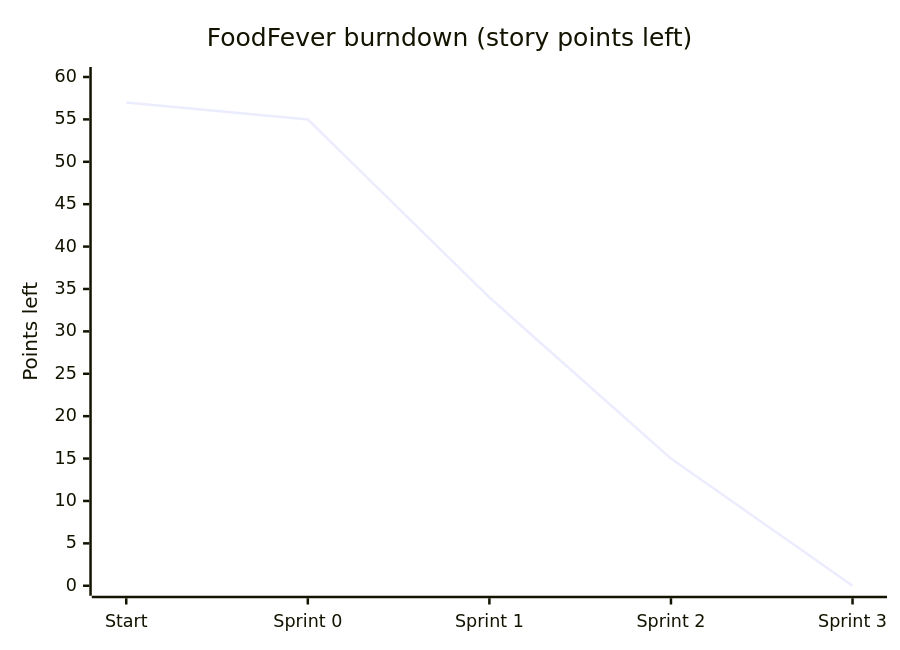
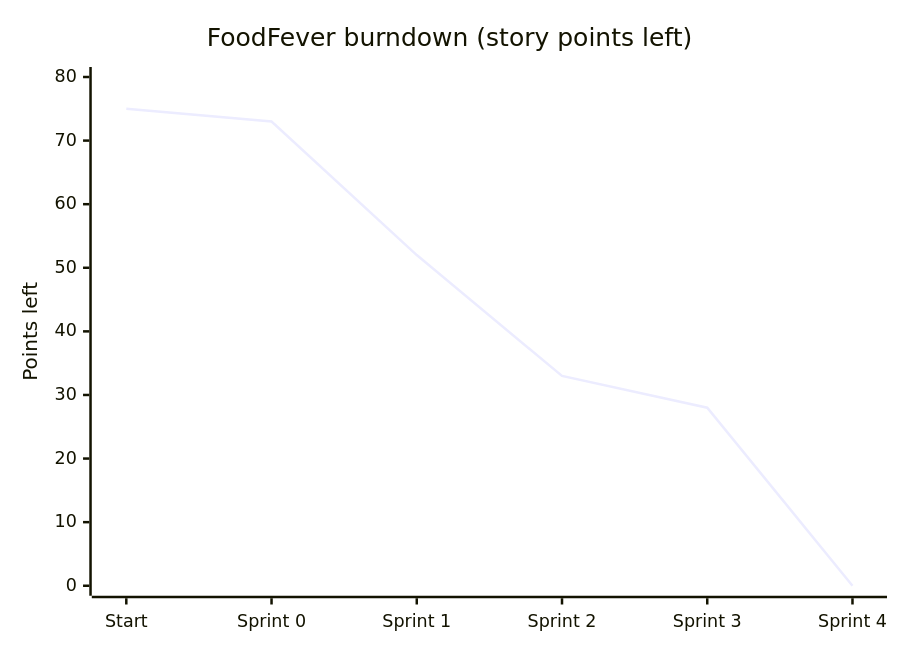
One commit to Veercoding/Foodfever changed the diagram in docs/report/03-methodology-and-planning.md. Above: the diagram before and after it, drawn with Mermaid. The commit also changed other lines of this file, not shown here.

Commit message:
docs: update methodology chapter with sprint 4 and latest changes

````diff
--- a/docs/report/03-methodology-and-planning.md
+++ b/docs/report/03-methodology-and-planning.md
@@ -126,7 +135,7 @@
 ```mermaid
 xychart-beta
     title "FoodFever burndown (story points left)"
-    x-axis ["Start", "Sprint 0", "Sprint 1", "Sprint 2", "Sprint 3"]
-    y-axis "Points left" 0 --> 60
-    line [57, 55, 34, 15, 0]
+    x-axis ["Start", "Sprint 0", "Sprint 1", "Sprint 2", "Sprint 3", "Sprint 4"]
+    y-axis "Points left" 0 --> 80
+    line [75, 73, 52, 33, 28, 0]
 ```
````
